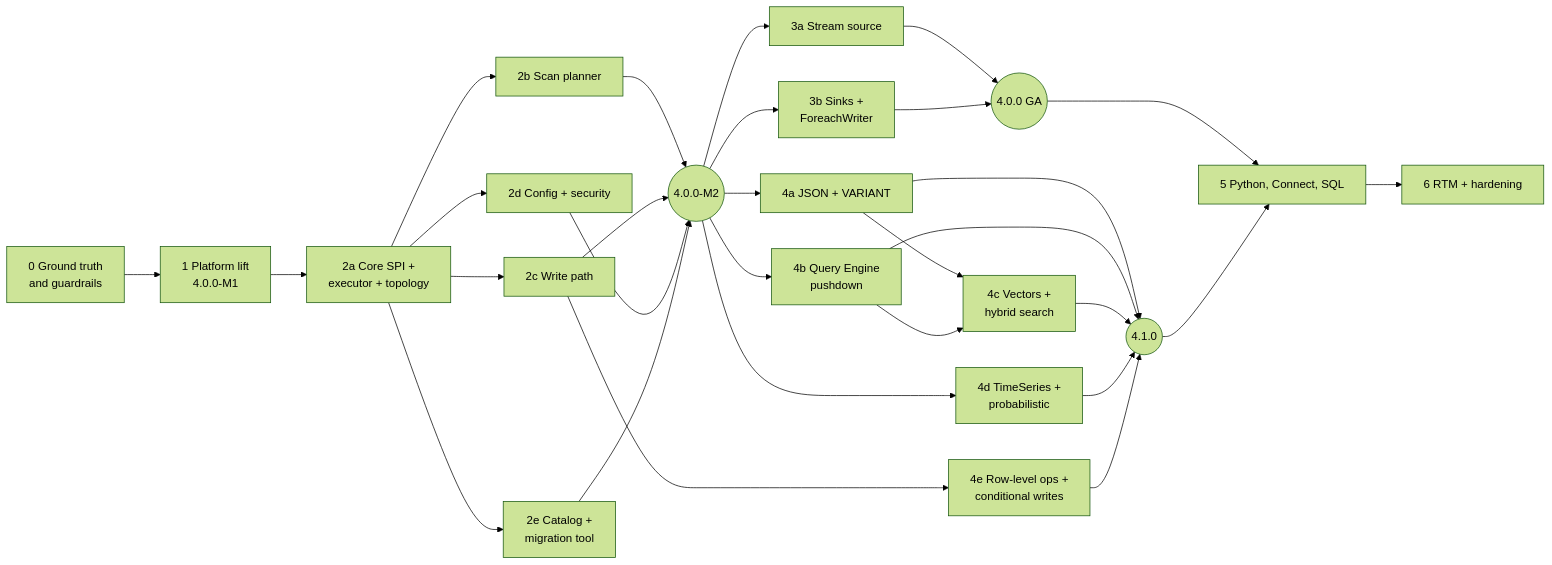
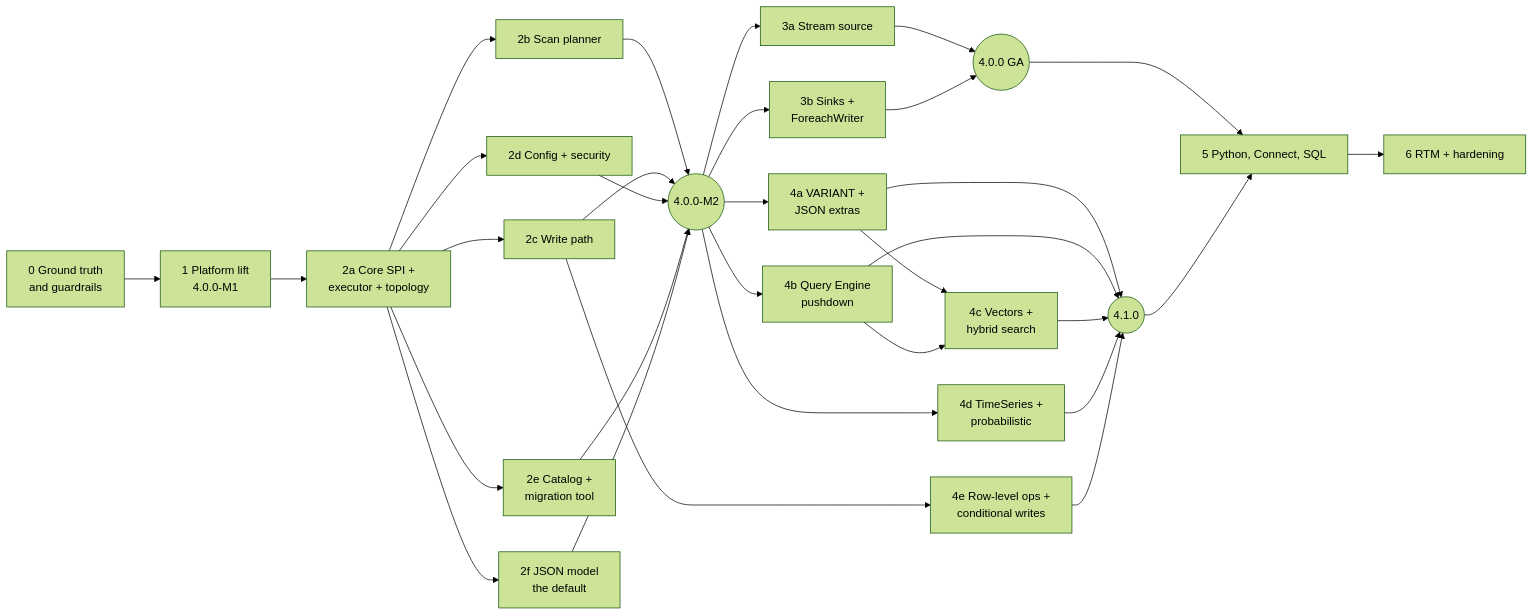
The diagram in doc/modernization/roadmap.md (Redislabs-Solution-Architects/spark-redis), drawn with Mermaid (forest theme) before and after one commit. The commit also changed other lines of this file and 2 other files, not shown here.

````diff
--- a/doc/modernization/roadmap.md
+++ b/doc/modernization/roadmap.md
@@ -87,22 +91,23 @@
 ```mermaid
 flowchart LR
   P0[0 Ground truth<br/>and guardrails] --> P1[1 Platform lift<br/>4.0.0-M1]
   P1 --> SPI[2a Core SPI +<br/>executor + topology]
   SPI --> RD[2b Scan planner]
   SPI --> WR[2c Write path]
   SPI --> CF[2d Config + security]
   SPI --> CT[2e Catalog +<br/>migration tool]
-  RD & WR & CF & CT --> M2((4.0.0-M2))
+  SPI --> JS[2f JSON model<br/>the default]
+  RD & WR & CF & CT & JS --> M2((4.0.0-M2))
   M2 --> SRC[3a Stream source]
   M2 --> SNK[3b Sinks +<br/>ForeachWriter]
   SRC & SNK --> GA((4.0.0 GA))
-  M2 --> J[4a JSON + VARIANT]
+  M2 --> J[4a VARIANT +<br/>JSON extras]
   M2 --> QE[4b Query Engine<br/>pushdown]
   J --> VEC[4c Vectors +<br/>hybrid search]
   QE --> VEC
   M2 --> TS[4d TimeSeries +<br/>probabilistic]
   WR --> RL[4e Row-level ops +<br/>conditional writes]
   GA --> P5[5 Python, Connect, SQL]
   J & QE & VEC & TS & RL --> R41((4.1.0))
   R41 --> P5 --> P6[6 RTM + hardening]
 ```
````
